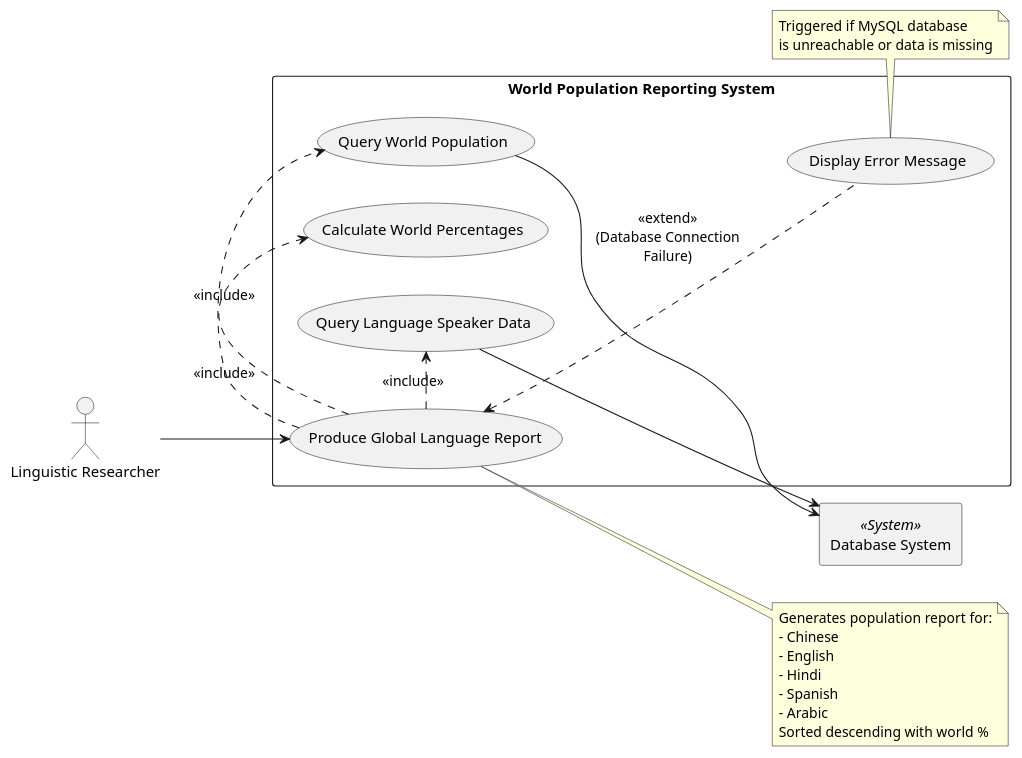
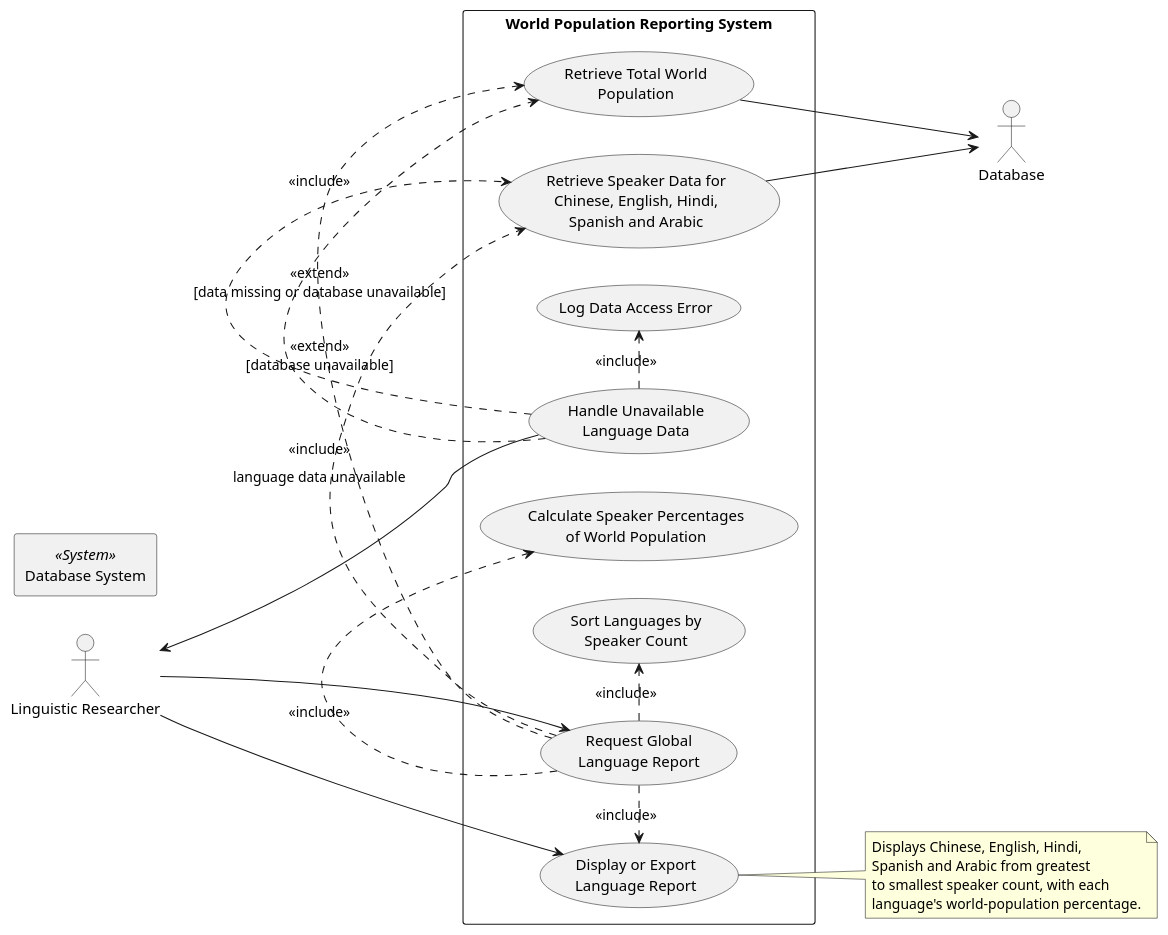
One commit to jeromebenjemin712-ctrl/YewinNaing-s_github_Coding_skills changed the diagram in use-case-diagrams/UseCaseDiagram32.puml. Above: the diagram before and after it, drawn with PlantUML. The commit also changed 10 other files, not shown here.

```diff
--- a/use-case-diagrams/UseCaseDiagram32.puml
+++ b/use-case-diagrams/UseCaseDiagram32.puml
@@ -1,49 +1,47 @@
 @startuml
-' SET09803 DevOps Coursework - Requirement 32 Use Case Diagram
+' SET09803 DevOps Coursework - Use Case 32
+' Produce a Report on Global Language Distribution
 
 left to right direction
 skinparam packageStyle rectangle
+skinparam shadowing false
 
 actor "Linguistic Researcher" as Researcher
 rectangle "Database System" as DB << System >>
 
 rectangle "World Population Reporting System" {
-    usecase "Produce Global Language Report" as UC_LanguageReport
-    usecase "Query World Population" as UC_QueryWorld
-    usecase "Query Language Speaker Data" as UC_QueryLanguages
-    usecase "Calculate World Percentages" as UC_CalcPercentages
-    usecase "Display Error Message" as UC_Error
+  usecase "Request Global\nLanguage Report" as RequestReport
+  usecase "Retrieve Total World\nPopulation" as RetrievePopulation
+  usecase "Retrieve Speaker Data for\nChinese, English, Hindi,\nSpanish and Arabic" as RetrieveSpeakers
+  usecase "Calculate Speaker Percentages\nof World Population" as CalculatePercentages
+  usecase "Sort Languages by\nSpeaker Count" as SortLanguages
+  usecase "Display or Export\nLanguage Report" as PresentReport
+  usecase "Handle Unavailable\nLanguage Data" as HandleUnavailable
+  usecase "Log Data Access Error" as LogError
 }
 
-' Primary Actor Interactions
-Researcher --> UC_LanguageReport
+Researcher --> RequestReport
+Researcher --> PresentReport
 
-' Sub-task dependencies (Includes)
-UC_LanguageReport .> UC_QueryWorld : <<include>>
-UC_LanguageReport .> UC_QueryLanguages : <<include>>
-UC_LanguageReport .> UC_CalcPercentages : <<include>>
+RequestReport .> RetrievePopulation : <<include>>
+RequestReport .> RetrieveSpeakers : <<include>>
+RequestReport .> CalculatePercentages : <<include>>
+RequestReport .> SortLanguages : <<include>>
+RequestReport .> PresentReport : <<include>>
 
-' System Actor Interactions
-UC_QueryWorld --> DB
-UC_QueryLanguages --> DB
+RetrievePopulation --> Database
+RetrieveSpeakers --> Database
 
-' Failure Extension
-UC_LanguageReport <.. UC_Error : <<extend>>\n(Database Connection\nFailure)
+HandleUnavailable .> RetrievePopulation : <<extend>>\n[database unavailable]
+HandleUnavailable .> RetrieveSpeakers : <<extend>>\n[data missing or database unavailable]
+HandleUnavailable .> LogError : <<include>>
+HandleUnavailable --> Researcher : language data unavailable
 
-' Notes
-note right of UC_LanguageReport
-  Generates population report for:
-  - Chinese
-  - English
-  - Hindi
-  - Spanish
-  - Arabic
-  Sorted descending with world %
-end note
-
-note bottom of UC_Error
-  Triggered if MySQL database
-  is unreachable or data is missing
+note right of PresentReport
+  Displays Chinese, English, Hindi,
+  Spanish and Arabic from greatest
+  to smallest speaker count, with each
+  language's world-population percentage.
 end note
 
 @enduml
```
